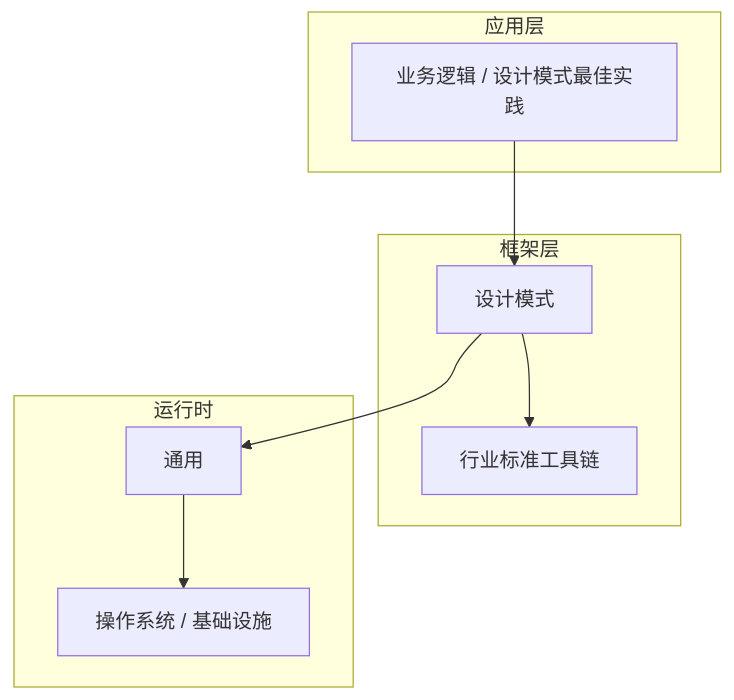
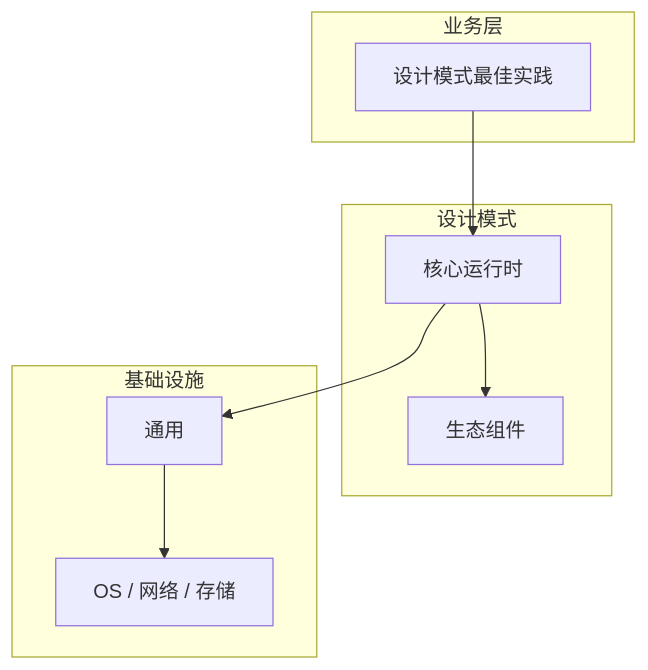
Before and after one commit to yanggan2015/knowledge-json-v2: the diagram in articles/设计模式/chapters/098-设计模式最佳实践核心概念与原理.md, drawn with Mermaid. The commit also changed other lines of this file and 10127 other files, not shown here.

````diff
--- a/articles/设计模式/chapters/098-设计模式最佳实践核心概念与原理.md
+++ b/articles/设计模式/chapters/098-设计模式最佳实践核心概念与原理.md
@@ -45,18 +34,18 @@
 ```mermaid
 graph TB
-    subgraph 应用层
-        A[业务逻辑 / 设计模式最佳实践]
+    subgraph 业务层
+        A[设计模式最佳实践]
     end
-    subgraph 框架层
-        B[设计模式]
-        C[行业标准工具链]
+    subgraph 设计模式
+        B[核心运行时]
+        C[生态组件]
     end
-    subgraph 运行时
+    subgraph 基础设施
         D[通用]
-        E[操作系统 / 基础设施]
+        E[OS / 网络 / 存储]
     end
     A --> B
     B --> C
     B --> D
     D --> E
 ```
````
